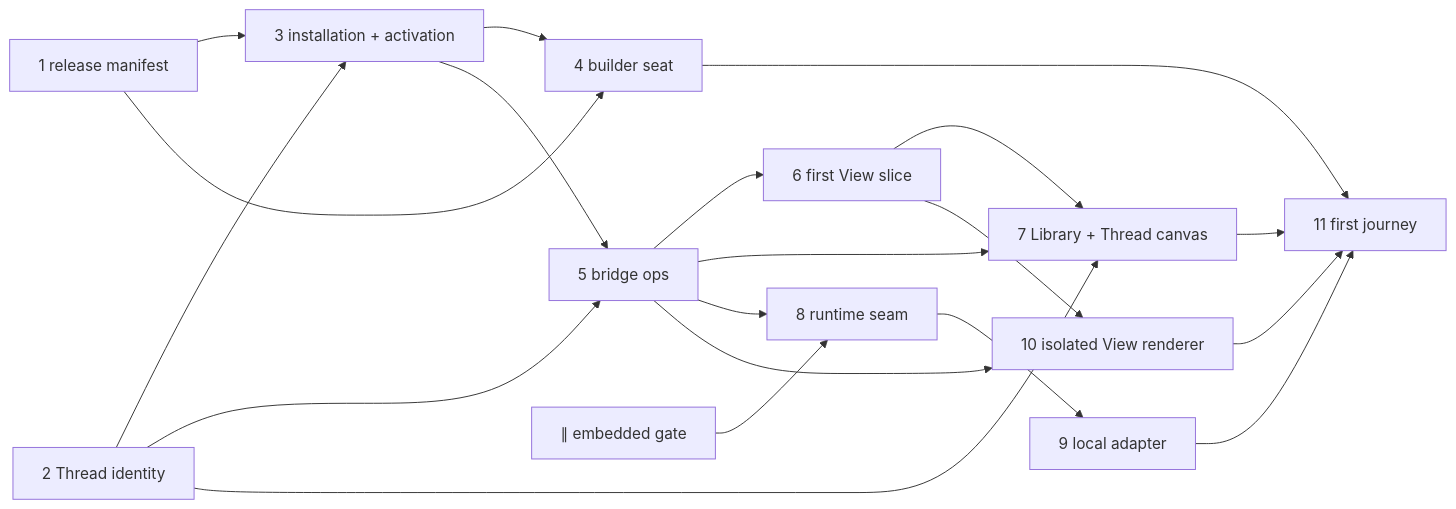
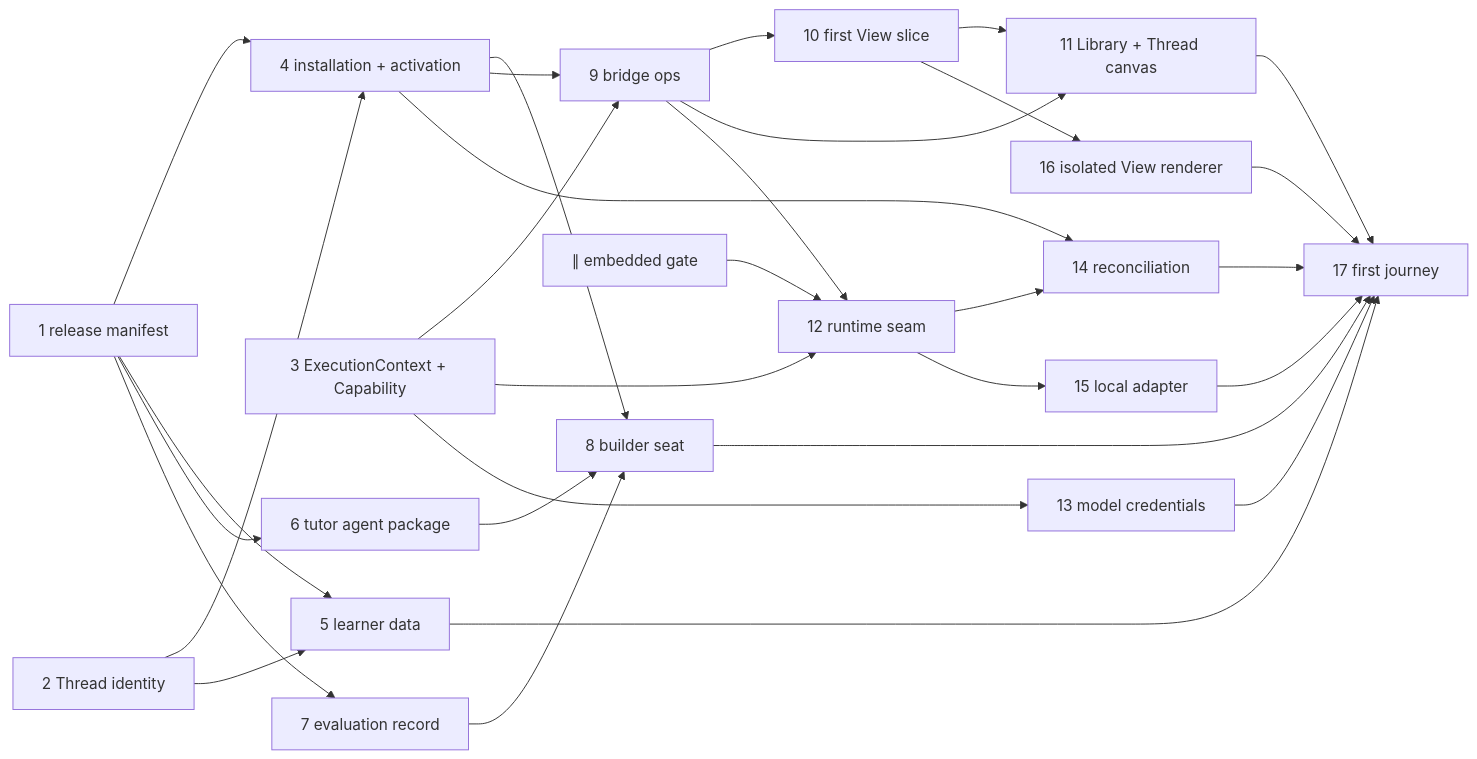
One commit to hachej/boring-ui changed the second of 2 diagrams in docs/issues/1562/show-me-plan.md. Above: the diagram before and after it, drawn with Mermaid. The commit also changed other lines of this file and 7 other files, not shown here.

````diff
--- a/docs/issues/1562/show-me-plan.md
+++ b/docs/issues/1562/show-me-plan.md
@@ -39,22 +39,32 @@
 ```mermaid
 graph LR
-  nc1[1 release manifest] --> nc2[3 installation + activation]
+  nc1[1 release manifest] --> nc2[4 installation + activation]
   nct[2 Thread identity] --> nc2
-  nc1 --> nc6[4 builder seat]
-  nc2 --> nc6
-  nct --> nc3[5 bridge ops]
+  ncx[3 ExecutionContext + Capability] --> nc3[9 bridge ops]
+  nc1 --> ncd[5 learner data]
+  nct --> ncd
+  nc1 --> nca[6 tutor agent package]
+  nc1 --> nce[7 evaluation record]
+  nc2 --> nc6[8 builder seat]
+  nca --> nc6
+  nce --> nc6
   nc2 --> nc3
-  nc3 --> ncv[6 first View slice]
-  nct --> ncl[7 Library + Thread canvas]
-  nc3 --> ncl
+  nc3 --> ncv[10 first View slice]
+  nc3 --> ncl[11 Library + Thread canvas]
   ncv --> ncl
-  nc0[∥ embedded gate] --> nc4a[8 runtime seam]
+  nc0[∥ embedded gate] --> nc4a[12 runtime seam]
+  ncx --> nc4a
   nc3 --> nc4a
-  nc4a --> nc4b[9 local adapter]
-  nc3 --> nc5[10 isolated View renderer]
-  ncv --> nc5
-  ncl --> nc7[11 first journey]
+  ncx --> ncc[13 model credentials]
+  nc2 --> ncr[14 reconciliation]
+  nc4a --> ncr
+  nc4a --> nc4b[15 local adapter]
+  ncv --> nc5[16 isolated View renderer]
+  ncd --> nc7[17 first journey]
   nc6 --> nc7
+  ncl --> nc7
+  ncc --> nc7
+  ncr --> nc7
   nc4b --> nc7
   nc5 --> nc7
 ```
````
